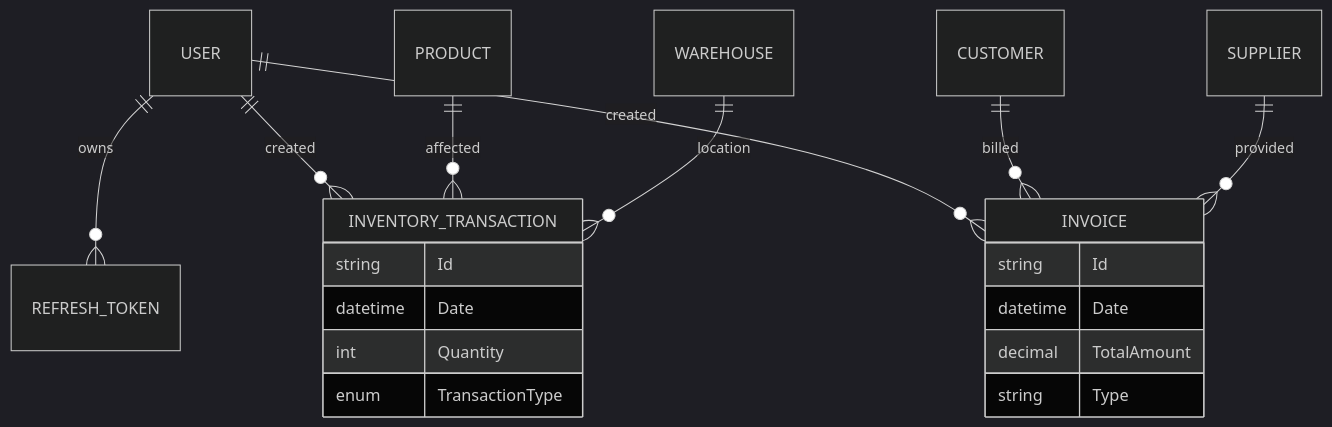
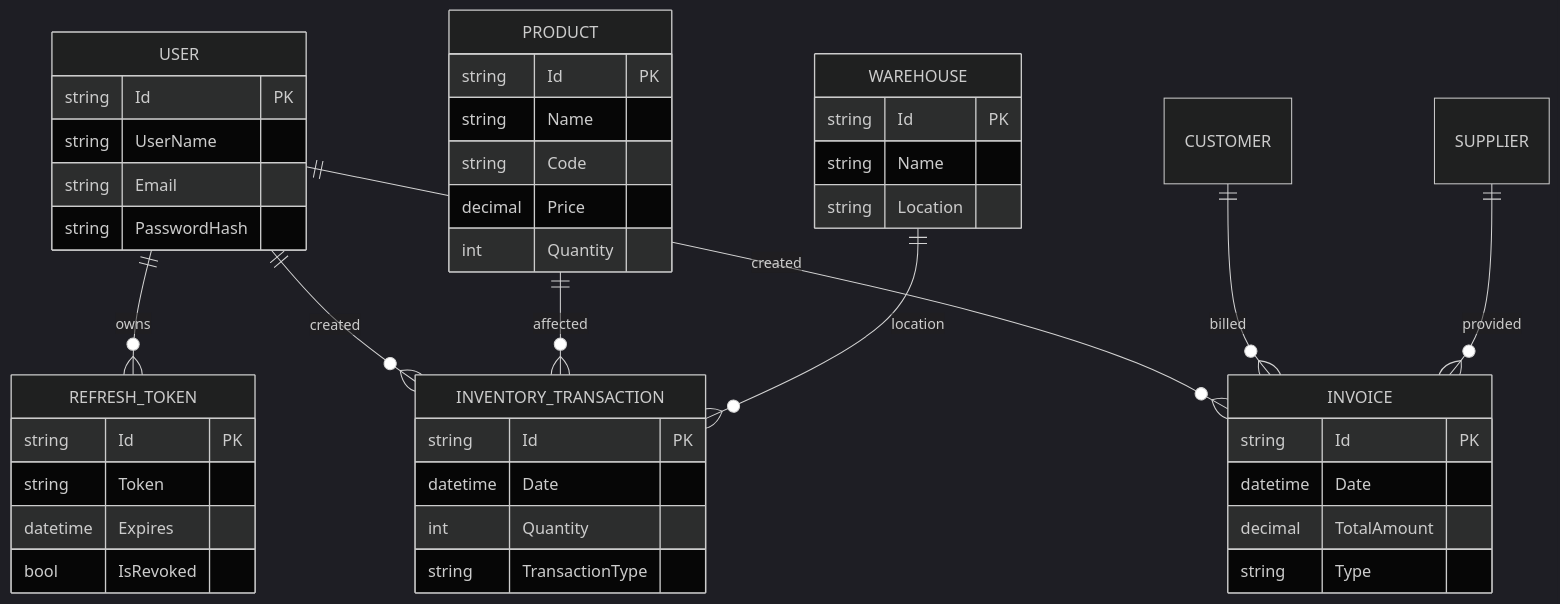
The third of 4 diagrams in docs/architecture.md (Welly0007/WareHouseSystem), drawn with Mermaid (dark theme) before and after one commit. The commit also changed other lines of this file and 5 other files, not shown here.

````diff
--- a/docs/architecture.md
+++ b/docs/architecture.md
@@ -46,23 +49,52 @@
 ```mermaid
 erDiagram
   USER ||--o{ REFRESH_TOKEN : owns
   USER ||--o{ INVENTORY_TRANSACTION : created
   USER ||--o{ INVOICE : created
   PRODUCT ||--o{ INVENTORY_TRANSACTION : affected
   WAREHOUSE ||--o{ INVENTORY_TRANSACTION : location
   CUSTOMER ||--o{ INVOICE : billed
   SUPPLIER ||--o{ INVOICE : provided
 
+  USER {
+    string Id PK
+    string UserName
+    string Email
+    string PasswordHash
+  }
+  
+  PRODUCT {
+    string Id PK
+    string Name
+    string Code
+    decimal Price
+    int Quantity
+  }
+  
+  WAREHOUSE {
+    string Id PK
+    string Name
+    string Location
+  }
+
   INVOICE {
-    string Id
+    string Id PK
     datetime Date
     decimal TotalAmount
     string Type
   }
+  
   INVENTORY_TRANSACTION {
-    string Id
+    string Id PK
     datetime Date
     int Quantity
-    enum TransactionType
+    string TransactionType
+  }
+  
+  REFRESH_TOKEN {
+    string Id PK
+    string Token
+    datetime Expires
+    bool IsRevoked
   }
 ```
````
